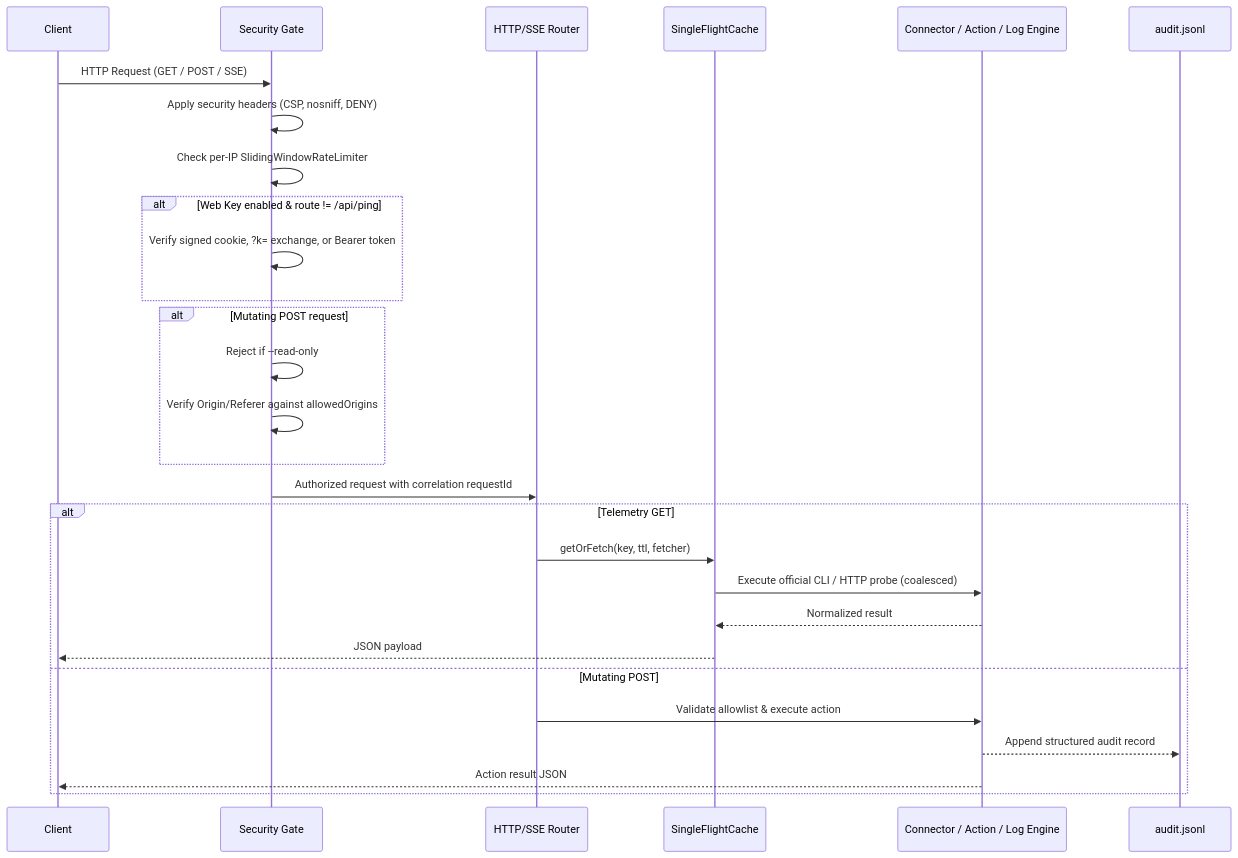
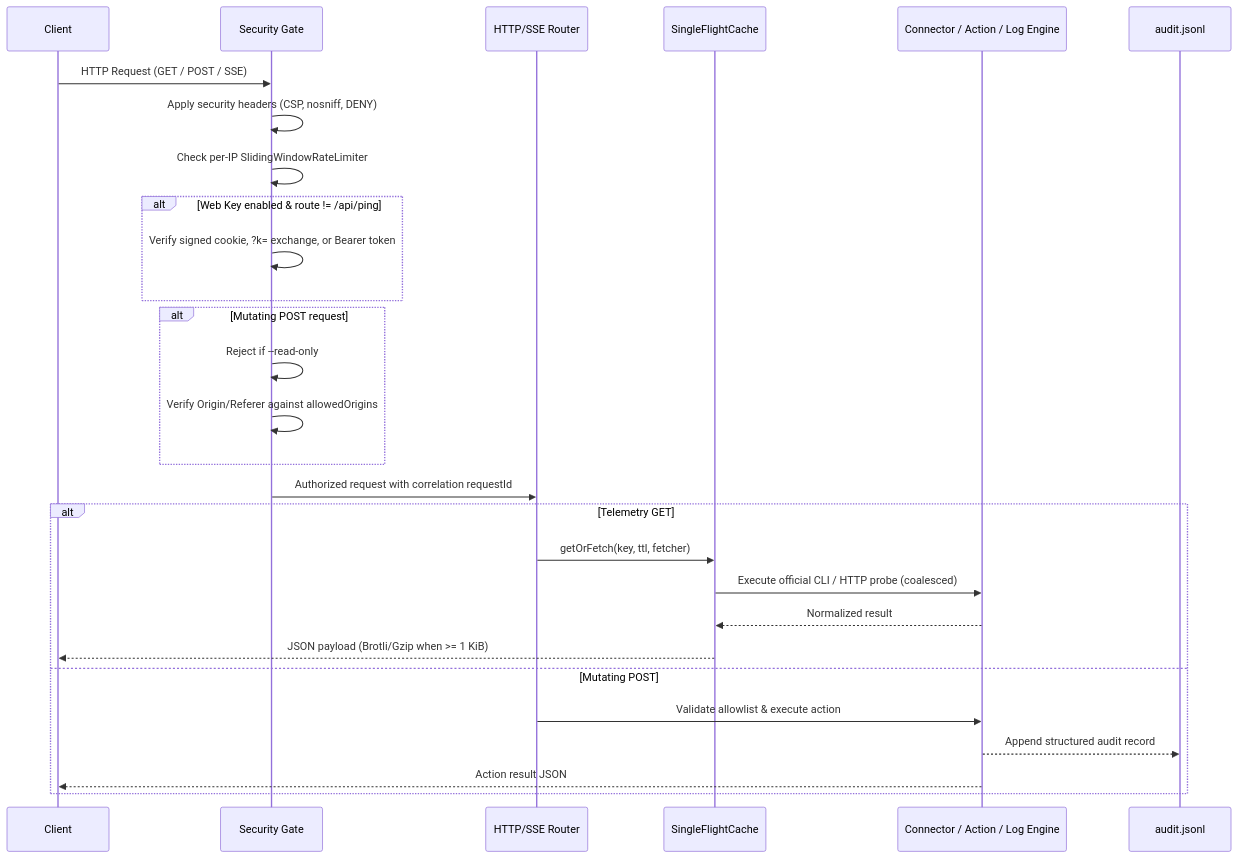
Before and after one commit to veritaswiki/ops-console: the diagram in ARCHITECTURE.md, drawn with Mermaid. The commit also changed other lines of this file and 45 other files, not shown here.

Commit message:
feat: release ops-console v0.3.0 SemVer alignment, hardening, persistence, firewall & architecture graphs

````diff
--- a/ARCHITECTURE.md
+++ b/ARCHITECTURE.md
@@ -52,31 +58,31 @@
 ```mermaid
 sequenceDiagram
   participant Client
   participant Gate as Security Gate
   participant Router as HTTP/SSE Router
   participant Cache as SingleFlightCache
   participant Target as Connector / Action / Log Engine
   participant Audit as audit.jsonl
 
   Client->>Gate: HTTP Request (GET / POST / SSE)
   Gate->>Gate: Apply security headers (CSP, nosniff, DENY)
   Gate->>Gate: Check per-IP SlidingWindowRateLimiter
   alt Web Key enabled & route != /api/ping
     Gate->>Gate: Verify signed cookie, ?k= exchange, or Bearer token
   end
   alt Mutating POST request
     Gate->>Gate: Reject if --read-only
     Gate->>Gate: Verify Origin/Referer against allowedOrigins
   end
   Gate->>Router: Authorized request with correlation requestId
   alt Telemetry GET
     Router->>Cache: getOrFetch(key, ttl, fetcher)
     Cache->>Target: Execute official CLI / HTTP probe (coalesced)
     Target-->>Cache: Normalized result
-    Cache-->>Client: JSON payload
+    Cache-->>Client: JSON payload (Brotli/Gzip when >= 1 KiB)
   else Mutating POST
     Router->>Target: Validate allowlist & execute action
     Target-->>Audit: Append structured audit record
     Target-->>Client: Action result JSON
   end
 ```
````
